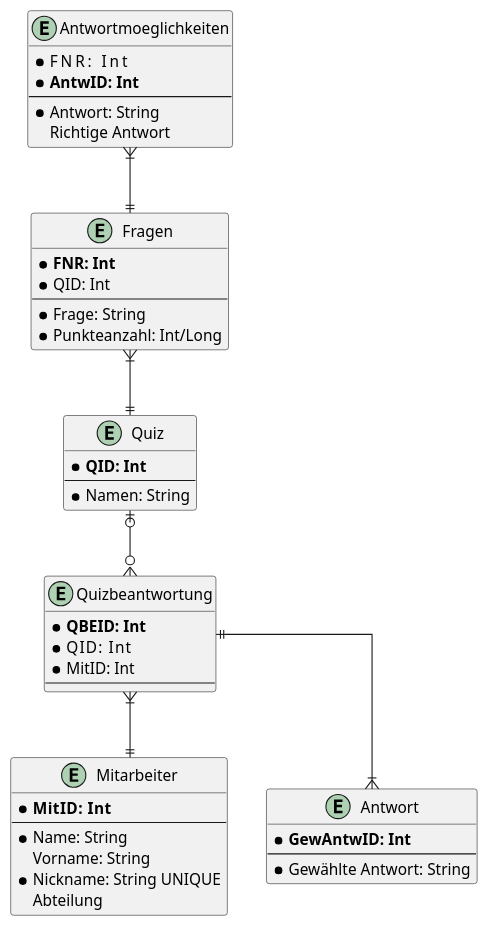
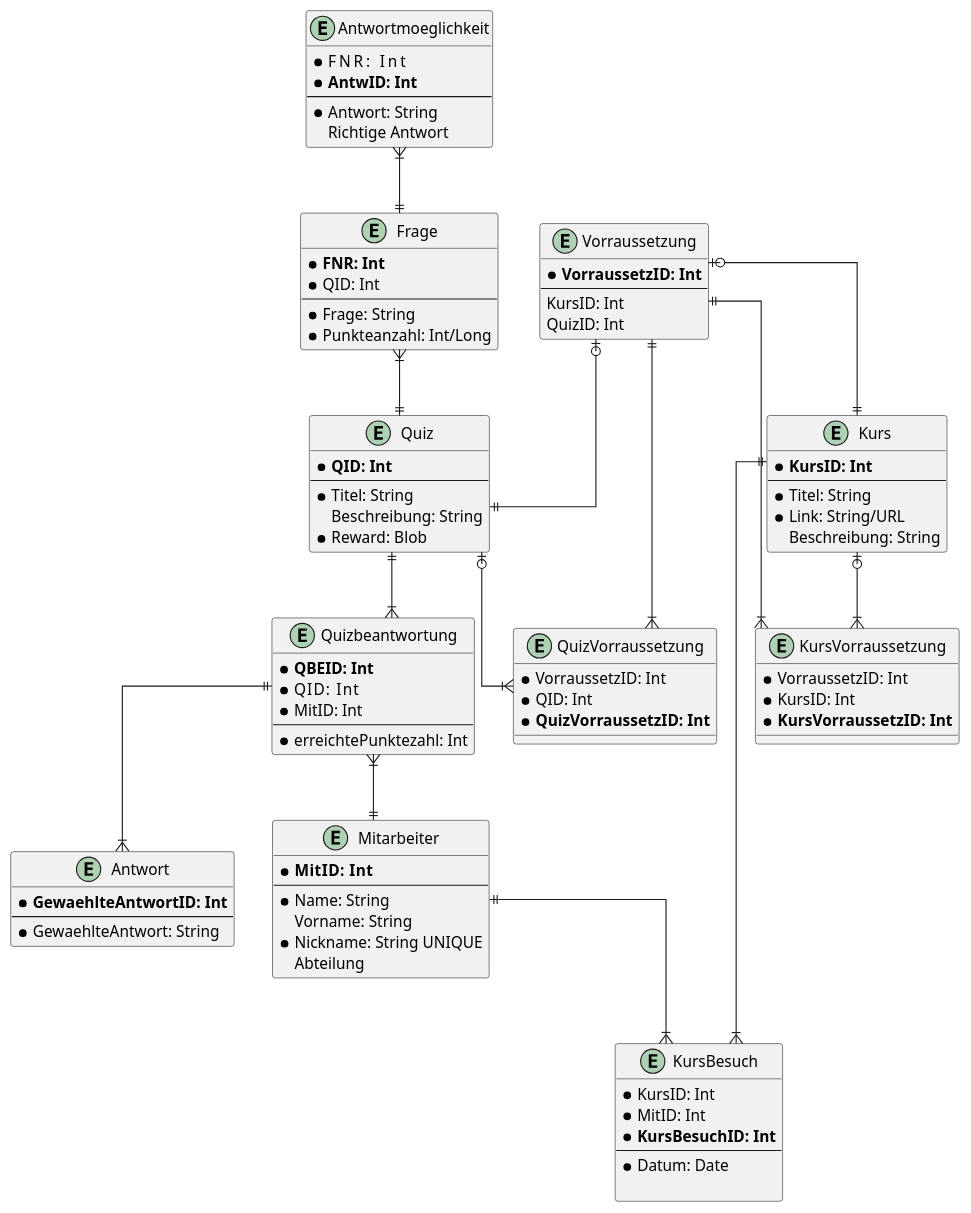
One commit to game-admin/game changed the diagram in documentation/diagrams/ER-Modell.adoc. Above: the diagram before and after it, drawn with PlantUML. The commit also changed 1 other file, not shown here.

Commit message:
ER-Modell updated

```diff
--- a/documentation/diagrams/ER-Modell.adoc
+++ b/documentation/diagrams/ER-Modell.adoc
@@ -9,7 +9,9 @@
     entity Quiz {
         * **QID: Int**
         --
-        * Namen: String
+        * Titel: String
+        Beschreibung: String
+        * Reward: Blob
     }
     
     entity Quizbeantwortung {
@@ -17,6 +19,7 @@
         * QID:   Int
         * MitID: Int
         --
+        * erreichtePunktezahl: Int
     }
     
     entity Mitarbeiter {
@@ -30,7 +33,7 @@
     
 }
 
-entity Fragen {
+entity Frage {
     * **FNR: Int**
     * QID: Int
     --
@@ -38,7 +41,7 @@
     * Punkteanzahl: Int/Long
 }
 
-entity Antwortmoeglichkeiten {
+entity Antwortmoeglichkeit {
     * FNR:      Int
     * **AntwID: Int**
     --
@@ -47,18 +50,59 @@
 }
 
 entity Antwort {
-    * **GewAntwID: Int**
+    * **GewaehlteAntwortID: Int**
     --
-    * Gewählte Antwort: String
+    * GewaehlteAntwort: String
+}
+
+entity Kurs {
+    * **KursID: Int**
+    --
+    * Titel: String
+    * Link: String/URL
+    Beschreibung: String
+}
+
+entity KursBesuch {
+    * KursID: Int
+    * MitID: Int
+    * **KursBesuchID: Int**
+    --
+    * Datum: Date
+
+}
+
+entity KursVorraussetzung {
+    * VorraussetzID: Int
+    * KursID: Int
+    * **KursVorraussetzID: Int**
+}
+
+entity Vorraussetzung {
+    * **VorraussetzID: Int**
+    --
+    KursID: Int
+    QuizID: Int
+}
+
+entity QuizVorraussetzung {
+    * VorraussetzID: Int
+    * QID: Int
+    * **QuizVorraussetzID: Int**
 }
 
 
-
-
-
-Antwortmoeglichkeiten}|--||Fragen
-Fragen}|--||Quiz
-Quiz|o--o{Quizbeantwortung
+Antwortmoeglichkeit}|--||Frage
+Frage}|--||Quiz
+Quiz||--|{Quizbeantwortung
 Quizbeantwortung}|--||Mitarbeiter
 Quizbeantwortung||--|{Antwort
+Mitarbeiter||--|{KursBesuch
+Kurs||--|{KursBesuch
+Kurs|o--|{KursVorraussetzung
+Vorraussetzung||--|{KursVorraussetzung
+Vorraussetzung|o--||Quiz
+Vorraussetzung|o--||Kurs
+Quiz|o--|{QuizVorraussetzung
+Vorraussetzung||--|{QuizVorraussetzung
 ....
```
